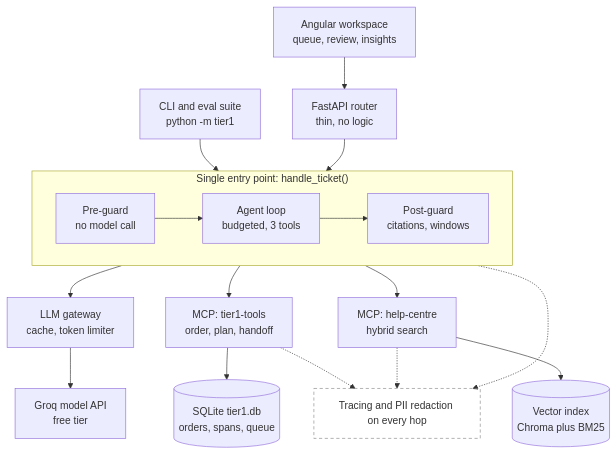
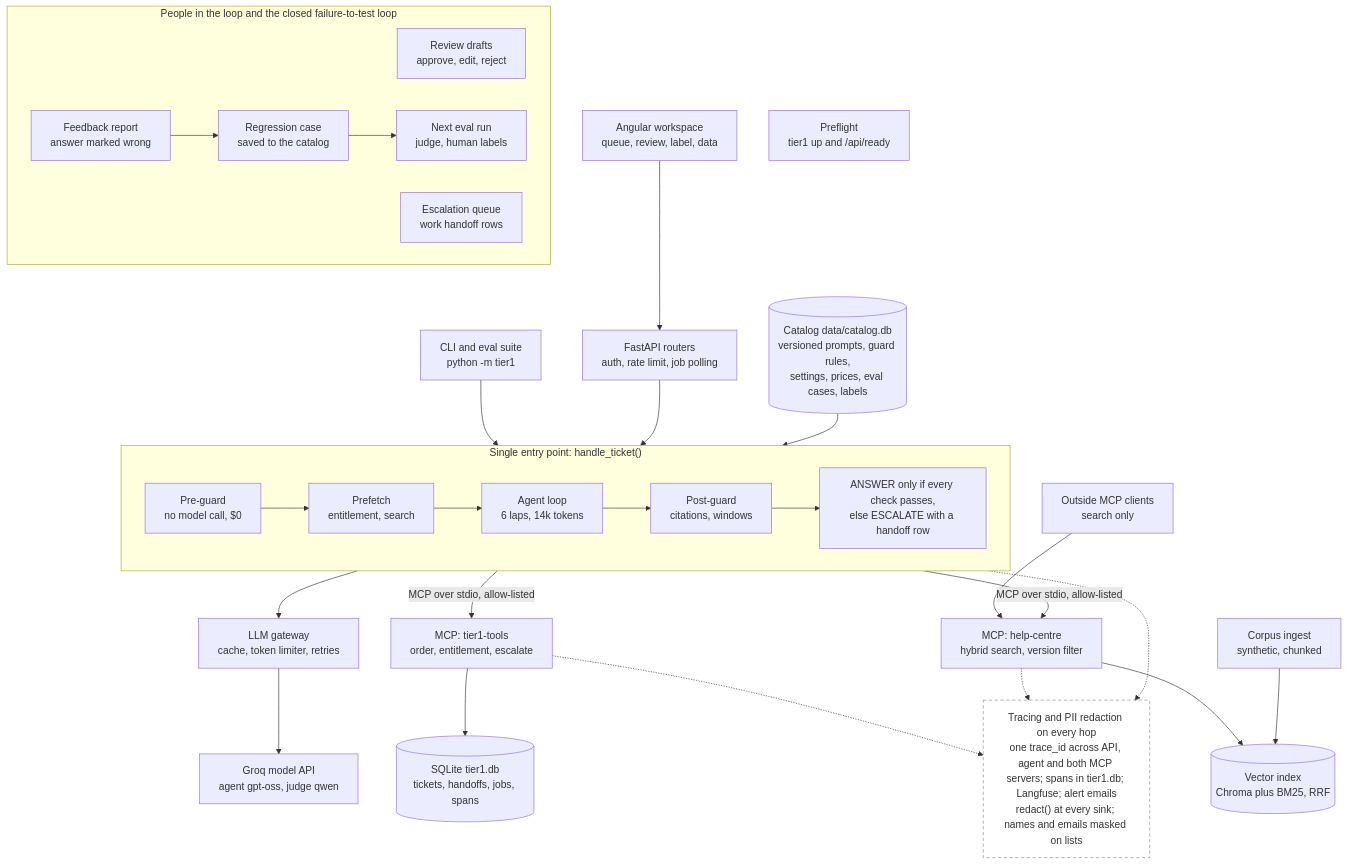
The first of 2 diagrams in docs/archive/deliverables/week12/diagrams/README.md (essvaran/Billing-Query-Assistant), drawn with Mermaid before and after one commit. The commit also changed 141 other files, not shown here.

````diff
--- a/docs/archive/deliverables/week12/diagrams/README.md
+++ b/docs/archive/deliverables/week12/diagrams/README.md
@@ -18,26 +18,39 @@
 ```mermaid
 flowchart TD
-  UI["Angular workspace<br/>queue, review, insights"] --> API["FastAPI router<br/>thin, no logic"]
+  UI["Angular workspace<br/>queue, review, label, data"] --> API["FastAPI routers<br/>auth, rate limit, job polling"]
   CLI["CLI and eval suite<br/>python -m tier1"] --> SVC
   API --> SVC
+  PRE_FLIGHT["Preflight<br/>tier1 up and /api/ready"]
 
   subgraph SVC["Single entry point: handle_ticket()"]
     direction LR
-    PRE["Pre-guard<br/>no model call"] --> AGENT["Agent loop<br/>budgeted, 3 tools"] --> POST["Post-guard<br/>citations, windows"]
+    PRE["Pre-guard<br/>no model call, $0"] --> FETCH["Prefetch<br/>entitlement, search"] --> AGENT["Agent loop<br/>6 laps, 14k tokens"] --> POST["Post-guard<br/>citations, windows"]
+    POST --> OUT["ANSWER only if every check passes,<br/>else ESCALATE with a handoff row"]
   end
 
-  AGENT --> GW["LLM gateway<br/>cache, token limiter"]
-  AGENT --> TOOLS["MCP: tier1-tools<br/>order, plan, handoff"]
-  AGENT --> HELP["MCP: help-centre<br/>hybrid search"]
+  CAT[("Catalog data/catalog.db<br/>versioned prompts, guard rules,<br/>settings, prices, eval cases, labels")] --> SVC
 
-  GW --> GROQ["Groq model API<br/>free tier"]
-  TOOLS --> DB[("SQLite tier1.db<br/>orders, spans, queue")]
-  HELP --> IDX[("Vector index<br/>Chroma plus BM25")]
+  AGENT --> GW["LLM gateway<br/>cache, token limiter, retries"]
+  AGENT -- "MCP over stdio, allow-listed" --> TOOLS["MCP: tier1-tools<br/>order, entitlement, escalate"]
+  AGENT -- "MCP over stdio, allow-listed" --> HELP["MCP: help-centre<br/>hybrid search, version filter"]
+  EXT["Outside MCP clients<br/>search only"] --> HELP
 
-  TRACE["Tracing and PII redaction on every hop"]:::cross
+  GW --> GROQ["Groq model API<br/>agent gpt-oss, judge qwen"]
+  TOOLS --> DB[("SQLite tier1.db<br/>tickets, handoffs, jobs, spans")]
+  HELP --> IDX[("Vector index<br/>Chroma plus BM25, RRF")]
+  ING["Corpus ingest<br/>synthetic, chunked"] --> IDX
+
+  subgraph LOOP["People in the loop and the closed failure-to-test loop"]
+    direction LR
+    REV["Review drafts<br/>approve, edit, reject"]
+    ESC["Escalation queue<br/>work handoff rows"]
+    FB["Feedback report<br/>answer marked wrong"] --> CASE["Regression case<br/>saved to the catalog"] --> EVAL["Next eval run<br/>judge, human labels"]
+  end
+
+  TRACE["Tracing and PII redaction on every hop<br/>one trace_id across API, agent and both MCP servers; spans in tier1.db; Langfuse; alert emails<br/>redact() at every sink; names and emails masked on lists"]:::cross
   SVC -.-> TRACE
   TOOLS -.-> TRACE
   HELP -.-> TRACE
 
   classDef cross fill:none,stroke:#888,stroke-dasharray:5 4
 ```
````
